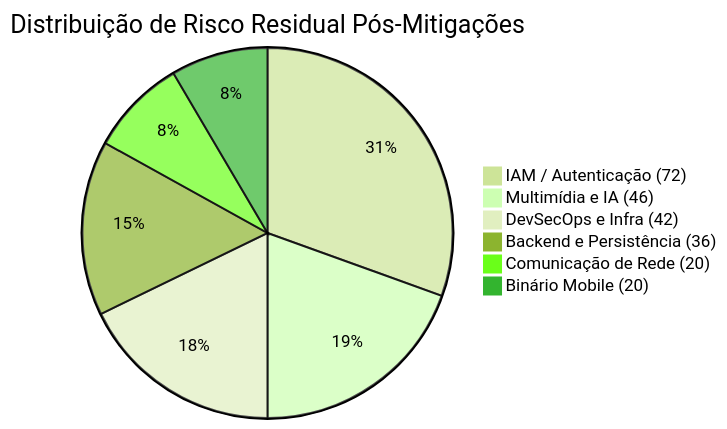
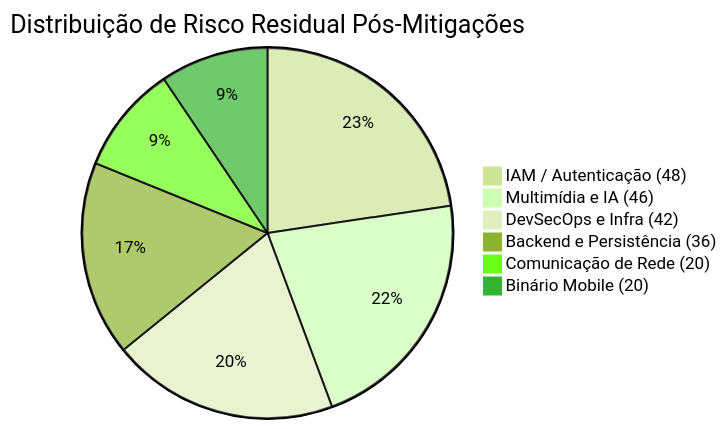
The diagram in NotaGest_FrontMobi/docs/MATRIZ_DE_RISCO_SI.md (AnaLauraMS/NotaGest_Mobile), drawn with Mermaid (forest theme) before and after one commit. The commit also changed other lines of this file and 11 other files, not shown here.

````diff
--- a/NotaGest_FrontMobi/docs/MATRIZ_DE_RISCO_SI.md
+++ b/NotaGest_FrontMobi/docs/MATRIZ_DE_RISCO_SI.md
@@ -148,9 +148,9 @@
 ```mermaid
 pie title Distribuição de Risco Residual Pós-Mitigações
-    "IAM / Autenticação (72)" : 72
+    "IAM / Autenticação (48)" : 48
     "Multimídia e IA (46)" : 46
     "DevSecOps e Infra (42)" : 42
     "Backend e Persistência (36)" : 36
     "Comunicação de Rede (20)" : 20
     "Binário Mobile (20)" : 20
 ```
````
